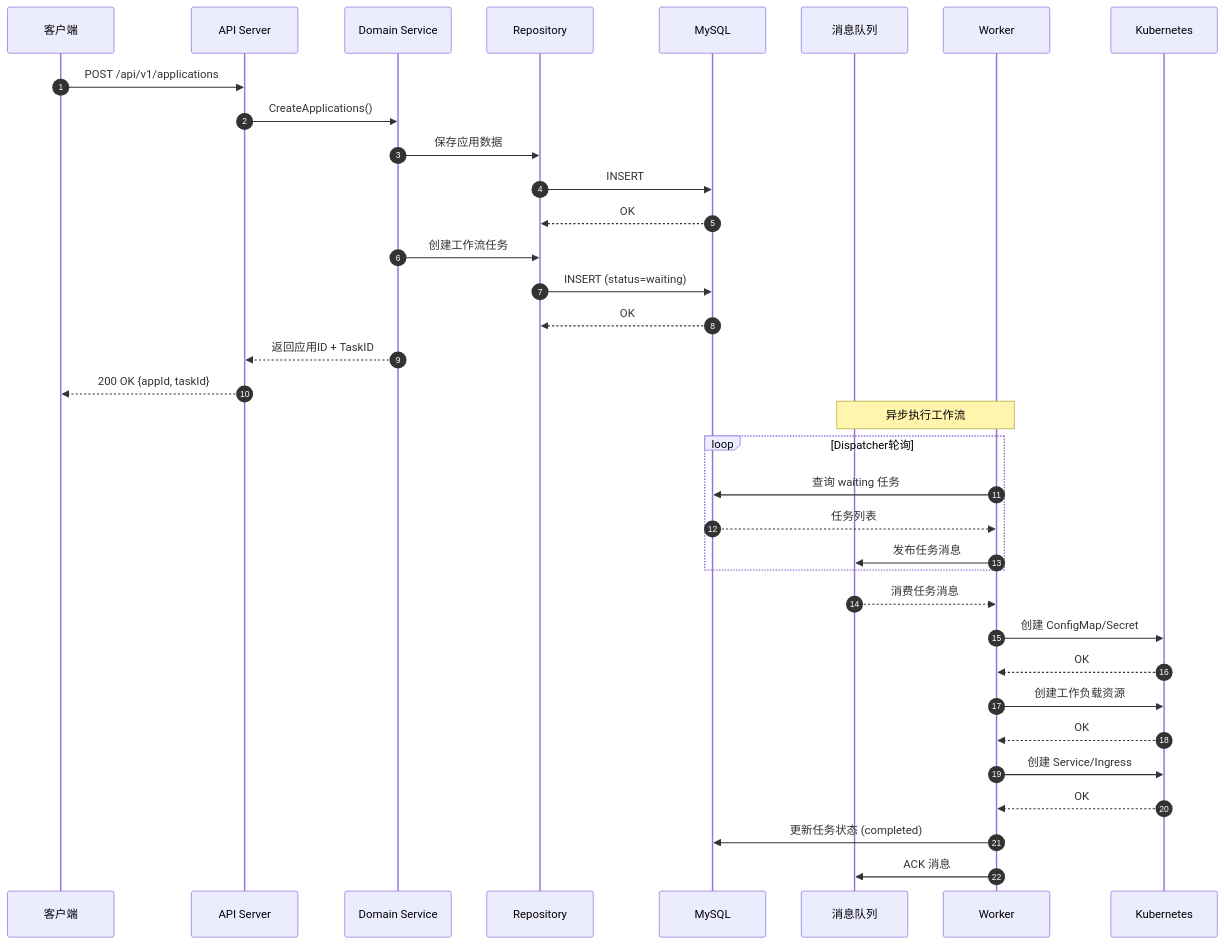
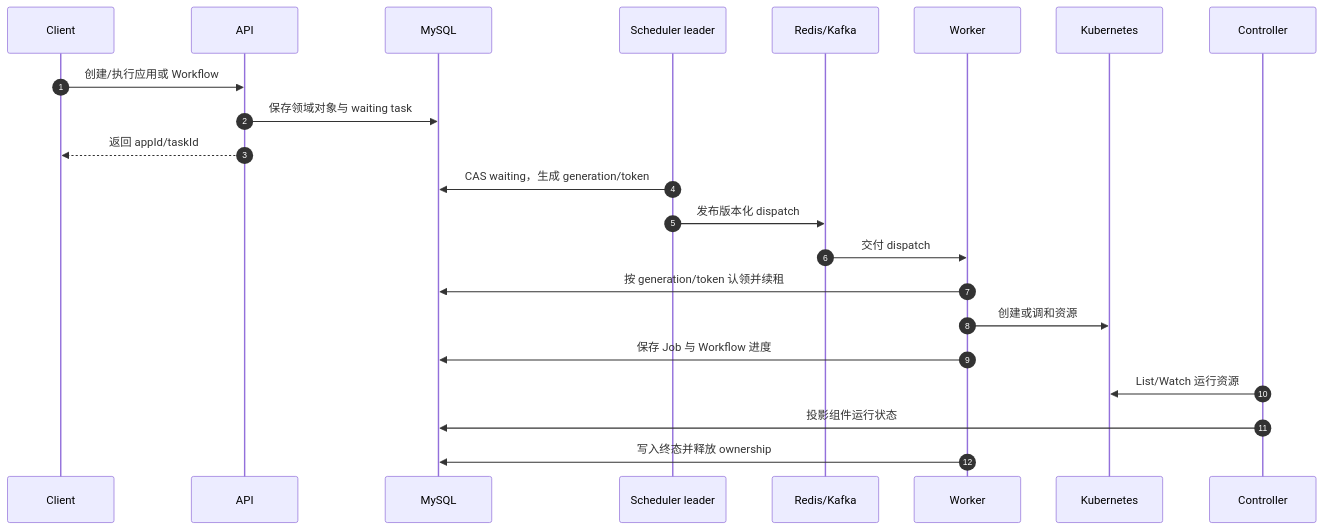
The second of 5 diagrams in docs/architecture-diagrams.md (PixelCores/Eruun), drawn with Mermaid before and after one commit. The commit also changed other lines of this file and 25 other files, not shown here.

````diff
--- a/docs/architecture-diagrams.md
+++ b/docs/architecture-diagrams.md
@@ -101,41 +47,25 @@
 ```mermaid
 sequenceDiagram
     autonumber
-    participant Client as 客户端
-    participant API as API Server
-    participant Service as Domain Service
-    participant Repo as Repository
-    participant DB as MySQL
-    participant Queue as 消息队列
-    participant Worker as Worker
-    participant K8s as Kubernetes
+    participant C as Client
+    participant A as API
+    participant D as MySQL
+    participant S as Scheduler leader
+    participant Q as Redis/Kafka
+    participant W as Worker
+    participant K as Kubernetes
+    participant O as Controller
 
-    Client->>API: POST /api/v1/applications
-    API->>Service: CreateApplications()
-    Service->>Repo: 保存应用数据
-    Repo->>DB: INSERT
-    DB-->>Repo: OK
-    Service->>Repo: 创建工作流任务
-    Repo->>DB: INSERT (status=waiting)
-    DB-->>Repo: OK
-    Service-->>API: 返回应用ID + TaskID
-    API-->>Client: 200 OK {appId, taskId}
-
-    Note over Queue,Worker: 异步执行工作流
-
-    loop Dispatcher轮询
-        Worker->>DB: 查询 waiting 任务
-        DB-->>Worker: 任务列表
-        Worker->>Queue: 发布任务消息
-    end
-
-    Queue-->>Worker: 消费任务消息
-    Worker->>K8s: 创建 ConfigMap/Secret
-    K8s-->>Worker: OK
-    Worker->>K8s: 创建工作负载资源
-    K8s-->>Worker: OK
-    Worker->>K8s: 创建 Service/Ingress
-    K8s-->>Worker: OK
-    Worker->>DB: 更新任务状态 (completed)
-    Worker->>Queue: ACK 消息
+    C->>A: 创建/执行应用或 Workflow
+    A->>D: 保存领域对象与 waiting task
+    A-->>C: 返回 appId/taskId
+    S->>D: CAS waiting，生成 generation/token
+    S->>Q: 发布版本化 dispatch
+    Q->>W: 交付 dispatch
+    W->>D: 按 generation/token 认领并续租
+    W->>K: 创建或调和资源
+    W->>D: 保存 Job 与 Workflow 进度
+    O->>K: List/Watch 运行资源
+    O->>D: 投影组件运行状态
+    W->>D: 写入终态并释放 ownership
 ```
````
